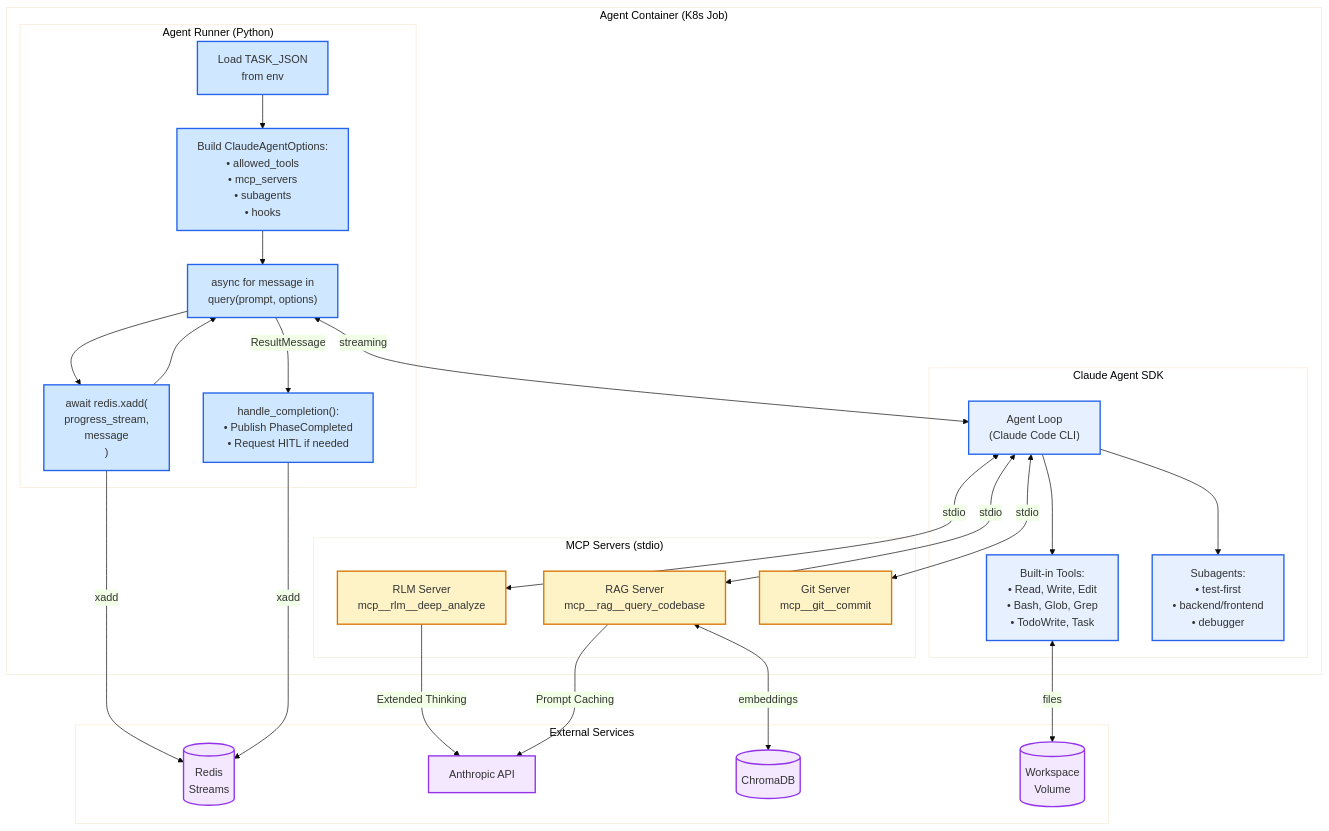
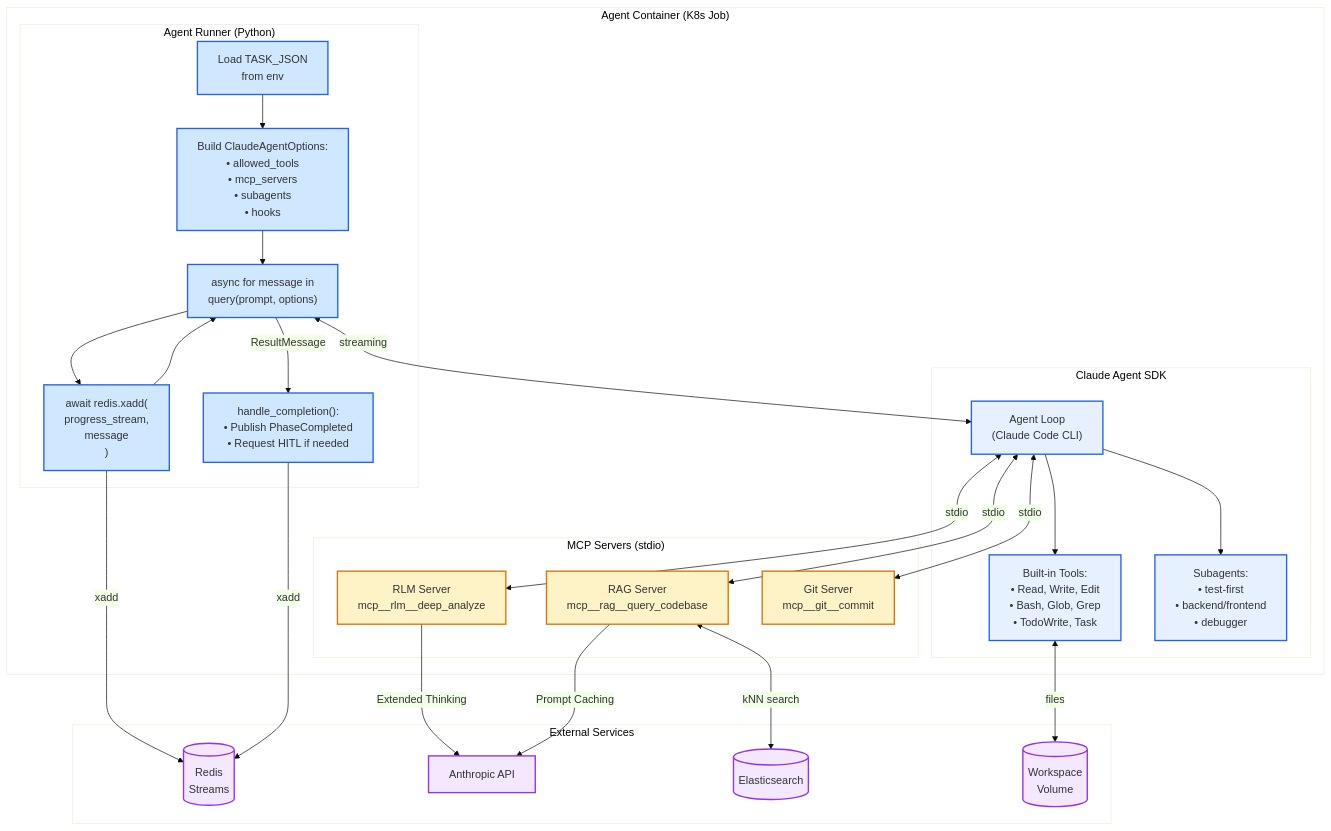
Before and after one commit to jb-612/dox-asdlc: the diagram in docs/diagrams/04-agent-container-internals.mmd, drawn with Mermaid. The commit also changed 23 other files, not shown here.

First line of the commit message:
chore: Remove ChromaDB, use Elasticsearch as sole vector backend

```diff
--- a/docs/diagrams/04-agent-container-internals.mmd
+++ b/docs/diagrams/04-agent-container-internals.mmd
@@ -1,67 +1,67 @@
 %%{init: {'theme': 'base', 'themeVariables': { 'primaryColor': '#E6F0FF'}}}%%
 
 flowchart TB
     subgraph Container["Agent Container (K8s Job)"]
         subgraph Runner["Agent Runner (Python)"]
             LoadTask["Load TASK_JSON\nfrom env"]
             BuildOpts["Build ClaudeAgentOptions:\n• allowed_tools\n• mcp_servers\n• subagents\n• hooks"]
             QueryLoop["async for message in\nquery(prompt, options)"]
             PublishMsg["await redis.xadd(\n  progress_stream,\n  message\n)"]
             HandleComplete["handle_completion():\n• Publish PhaseCompleted\n• Request HITL if needed"]
         end
 
         subgraph SDK["Claude Agent SDK"]
             AgentLoop["Agent Loop\n(Claude Code CLI)"]
             BuiltInTools["Built-in Tools:\n• Read, Write, Edit\n• Bash, Glob, Grep\n• TodoWrite, Task"]
             Subagents["Subagents:\n• test-first\n• backend/frontend\n• debugger"]
         end
 
         subgraph MCP["MCP Servers (stdio)"]
             RLMServer["RLM Server\nmcp__rlm__deep_analyze"]
             RAGServer["RAG Server\nmcp__rag__query_codebase"]
             GitServer["Git Server\nmcp__git__commit"]
         end
     end
 
     subgraph External["External Services"]
         Redis[("Redis\nStreams")]
         Anthropic["Anthropic API"]
-        ChromaDB[("ChromaDB")]
+        Elasticsearch[("Elasticsearch")]
         Workspace[("Workspace\nVolume")]
     end
 
     %% Runner flow
     LoadTask --> BuildOpts
     BuildOpts --> QueryLoop
     QueryLoop --> PublishMsg
     PublishMsg --> QueryLoop
     QueryLoop -->|ResultMessage| HandleComplete
 
     %% SDK connections
     QueryLoop <-->|streaming| AgentLoop
     AgentLoop --> BuiltInTools
     AgentLoop --> Subagents
     BuiltInTools <-->|files| Workspace
 
     %% MCP connections
     AgentLoop <-->|stdio| RLMServer
     AgentLoop <-->|stdio| RAGServer
     AgentLoop <-->|stdio| GitServer
 
     %% External connections
     PublishMsg -->|xadd| Redis
     HandleComplete -->|xadd| Redis
     RLMServer -->|Extended Thinking| Anthropic
     RAGServer -->|Prompt Caching| Anthropic
-    RAGServer <-->|embeddings| ChromaDB
+    RAGServer <-->|kNN search| Elasticsearch
 
     %% Styling
     classDef runner fill:#D0E8FF,stroke:#2563eb,stroke-width:2px
     classDef sdk fill:#E6F0FF,stroke:#2563eb,stroke-width:2px
     classDef mcp fill:#FEF3C7,stroke:#d97706,stroke-width:2px
     classDef external fill:#F3E8FF,stroke:#9333ea,stroke-width:2px
 
     class LoadTask,BuildOpts,QueryLoop,PublishMsg,HandleComplete runner
     class AgentLoop,BuiltInTools,Subagents sdk
     class RLMServer,RAGServer,GitServer mcp
-    class Redis,Anthropic,ChromaDB,Workspace external
+    class Redis,Anthropic,Elasticsearch,Workspace external
```
